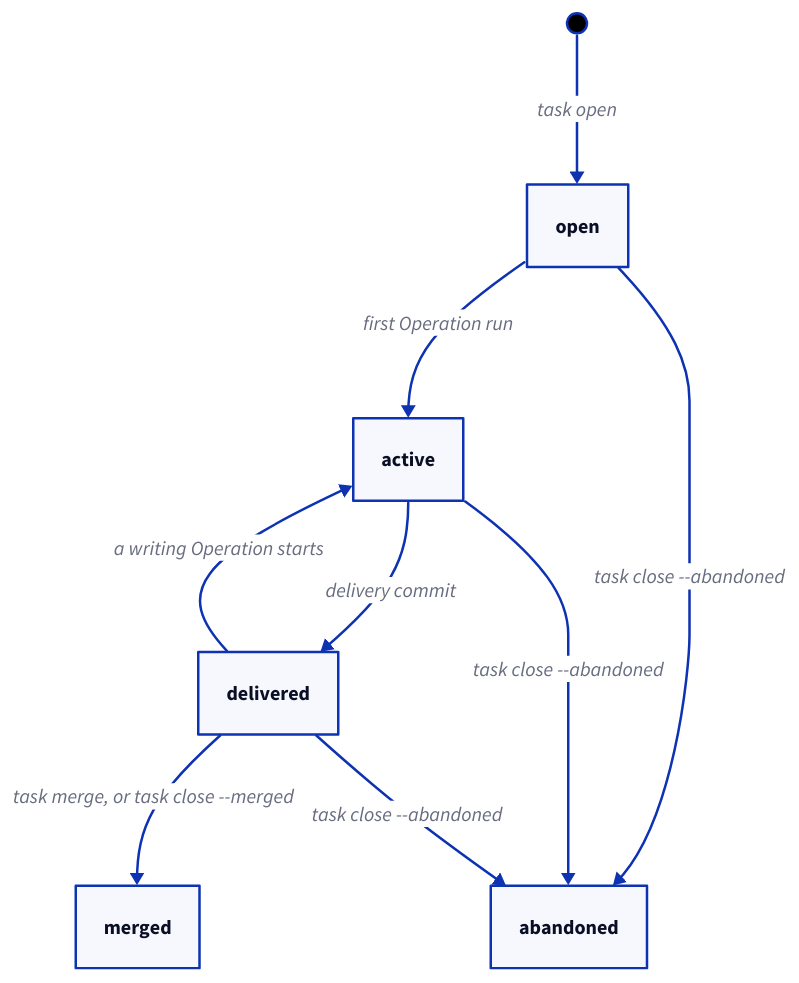
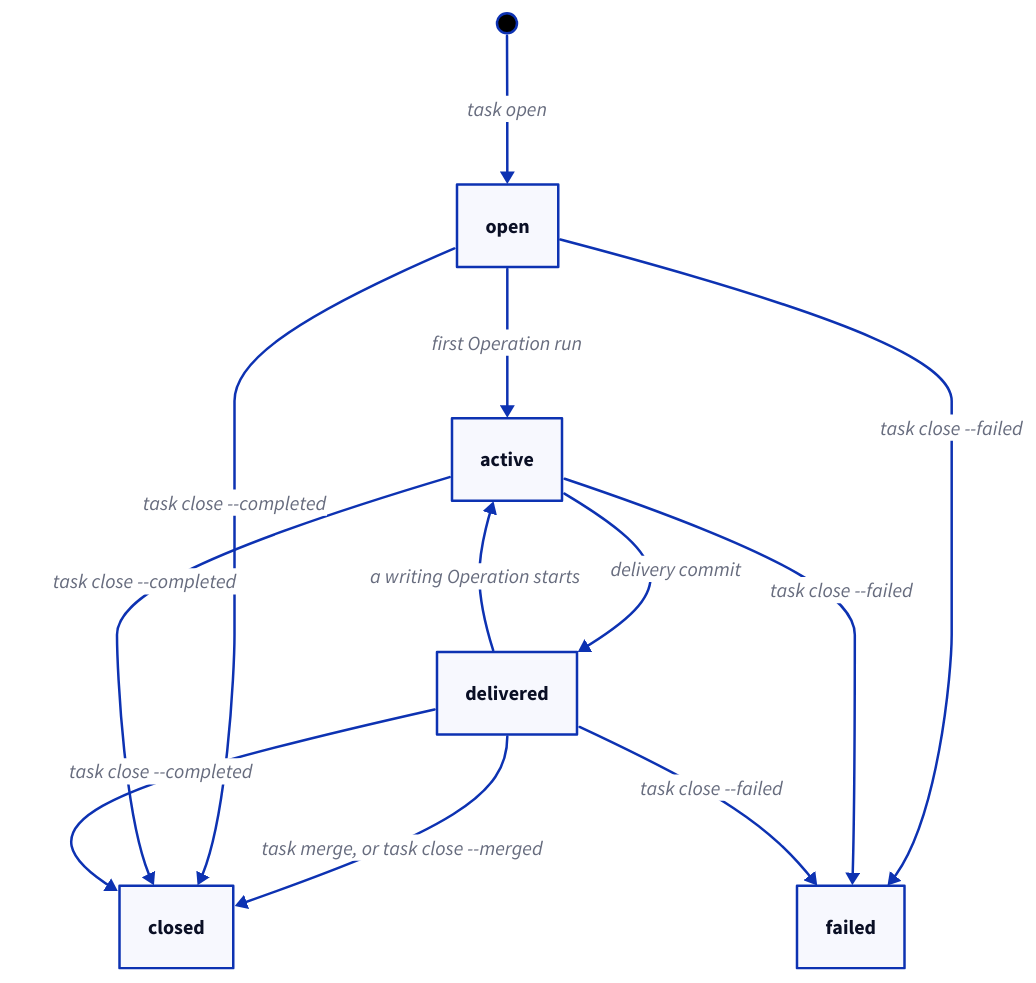
Before and after one commit to FTOD/concorde: the first of 4 diagrams in specs/concorde/tasks/module.md, drawn with D2. The commit also changed other lines of this file and 12 other files, not shown here.

First line of the commit message:
End a task as closed or failed instead of merged or abandoned

````diff
--- a/specs/concorde/tasks/module.md
+++ b/specs/concorde/tasks/module.md
@@ -107,16 +107,19 @@
 ```d2 illustrative
 start: "" {shape: circle; width: 16; height: 16; style.fill: black}
 open
 active
 delivered
-merged
-abandoned
+closed
+failed
 start -> open: task open
 open -> active: first Operation run
 active -> delivered: delivery commit
 delivered -> active: a writing Operation starts
-delivered -> merged: task merge, or task close --merged
-open -> abandoned: task close --abandoned
-active -> abandoned: task close --abandoned
-delivered -> abandoned: task close --abandoned
+delivered -> closed: task merge, or task close --merged
+open -> closed: task close --completed
+active -> closed: task close --completed
+delivered -> closed: task close --completed
+open -> failed: task close --failed
+active -> failed: task close --failed
+delivered -> failed: task close --failed
 ```
````
